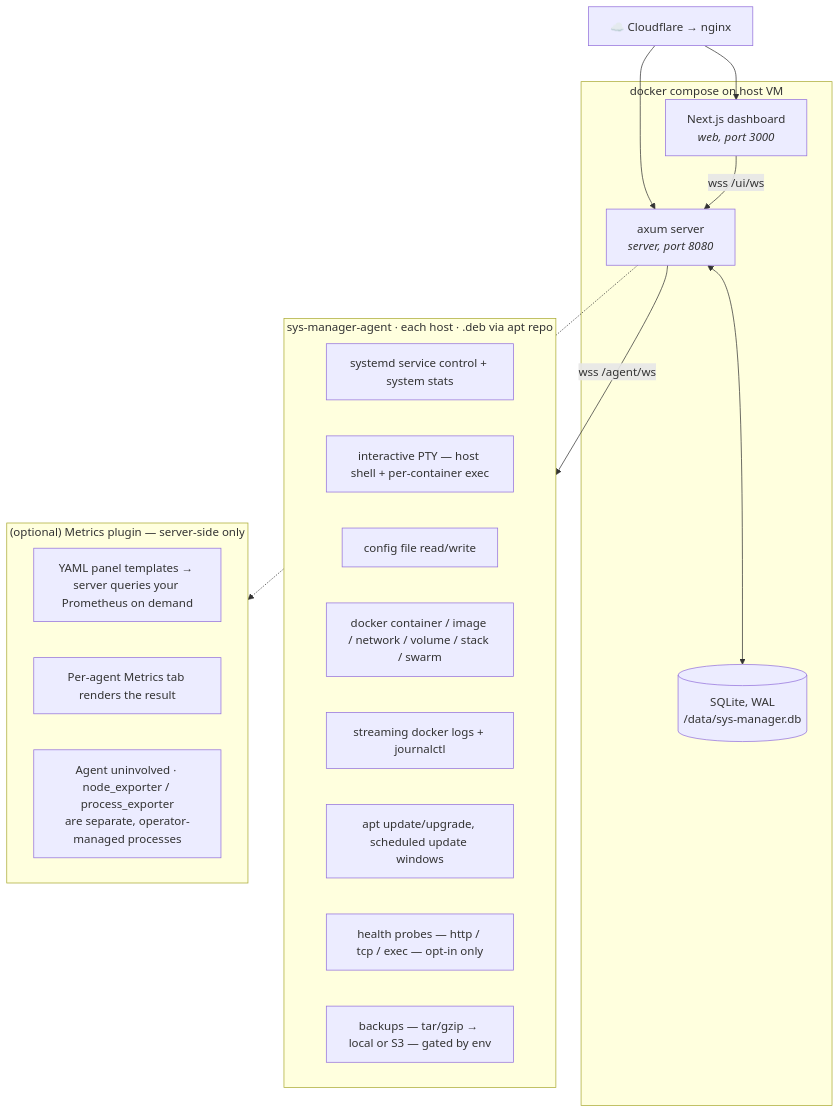
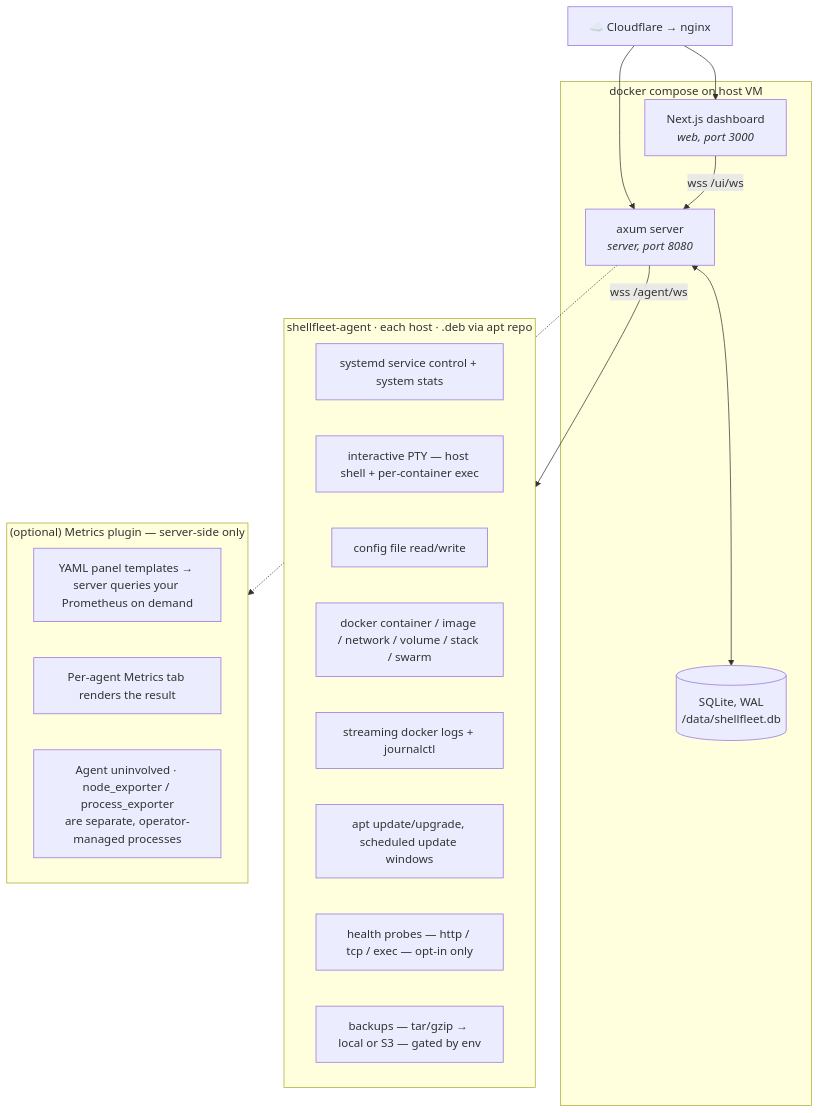
Before and after one commit to sppidy/shellfleet: the diagram in README.md, drawn with Mermaid. The commit also changed other lines of this file and 31 other files, not shown here.

First line of the commit message:
rename: sys-manager → ShellFleet

````diff
--- a/README.md
+++ b/README.md
@@ -39,36 +39,36 @@
 ```mermaid
 graph TD
     CF["☁️ Cloudflare → nginx"]
 
     subgraph compose["docker compose on host VM"]
         WEB["Next.js dashboard<br/><i>web, port 3000</i>"]
         SERVER["axum server<br/><i>server, port 8080</i>"]
-        DB[("SQLite, WAL<br/>/data/sys-manager.db")]
+        DB[("SQLite, WAL<br/>/data/shellfleet.db")]
         SERVER <--> DB
     end
 
     CF --> WEB
     CF --> SERVER
     WEB -- "wss /ui/ws" --> SERVER
 
-    subgraph agents["sys-manager-agent · each host · .deb via apt repo"]
+    subgraph agents["shellfleet-agent · each host · .deb via apt repo"]
         A1["systemd service control + system stats"]
         A2["interactive PTY — host shell + per-container exec"]
         A3["config file read/write"]
         A4["docker container / image / network / volume / stack / swarm"]
         A5["streaming docker logs + journalctl"]
         A6["apt update/upgrade, scheduled update windows"]
         A7["health probes — http / tcp / exec — opt-in only"]
         A8["backups — tar/gzip → local or S3 — gated by env"]
     end
 
     SERVER -- "wss /agent/ws" --> agents
 
     subgraph metrics["(optional) Metrics plugin — server-side only"]
         M1["YAML panel templates → server queries your Prometheus on demand"]
         M2["Per-agent Metrics tab renders the result"]
         M3["Agent uninvolved · node_exporter / process_exporter<br/>are separate, operator-managed processes"]
     end
 
     SERVER -.-> metrics
 ```
````
